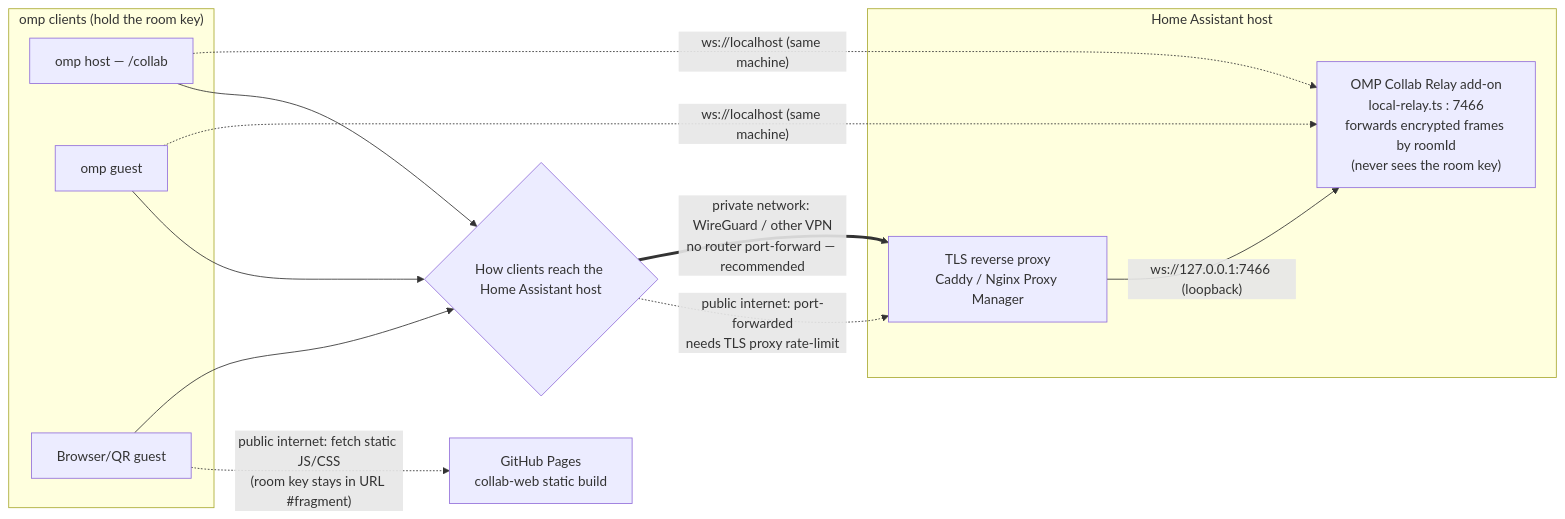
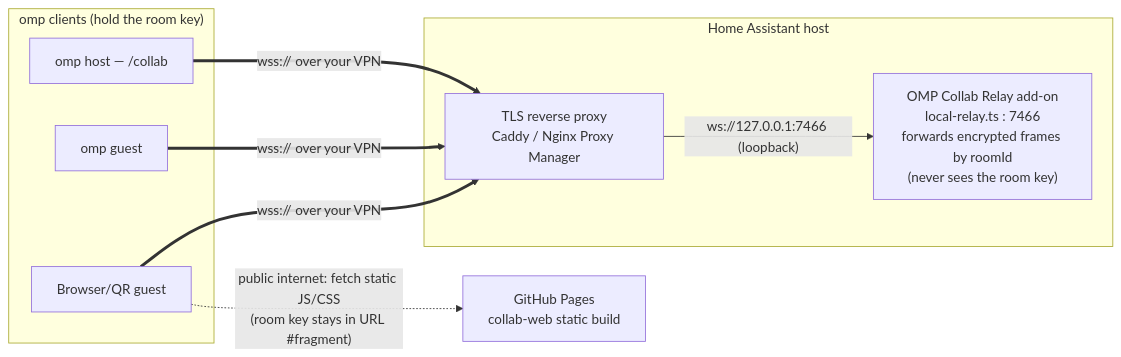
Before and after one commit to karl-petter/omp-relay-server-ha-addon: the first of 3 diagrams in README.md, drawn with Mermaid. The commit also changed other lines of this file, not shown here.

Commit message:
docs: split architecture into three golden-path/alternative diagrams

````diff
--- a/README.md
+++ b/README.md
@@ -14,27 +20,20 @@
 ```mermaid
 flowchart LR
     subgraph clients["omp clients (hold the room key)"]
         host["omp host — /collab"]
         guest["omp guest"]
         browserGuest["Browser/QR guest"]
     end
 
-    host -. "ws://localhost (same machine)" .-> relay
-    guest -. "ws://localhost (same machine)" .-> relay
-
-    host --> net
-    guest --> net
-    browserGuest --> net
-    net{"How clients reach the Home Assistant host"}
-
-    net == "private network: WireGuard / other VPN\nno router port-forward — recommended" ==> proxy
-    net -. "public internet: port-forwarded\nneeds TLS proxy rate-limit" .-> proxy
+    host == "wss:// over your VPN" ==> proxy
+    guest == "wss:// over your VPN" ==> proxy
+    browserGuest == "wss:// over your VPN" ==> proxy
 
     subgraph ha["Home Assistant host"]
         proxy["TLS reverse proxy\nCaddy / Nginx Proxy Manager"]
         relay["OMP Collab Relay add-on\nlocal-relay.ts : 7466\nforwards encrypted frames by roomId\n(never sees the room key)"]
     end
     proxy -- "ws://127.0.0.1:7466 (loopback)" --> relay
 
     browserGuest -. "public internet: fetch static JS/CSS\n(room key stays in URL #fragment)" .-> pages["GitHub Pages\ncollab-web static build"]
 ```
````
